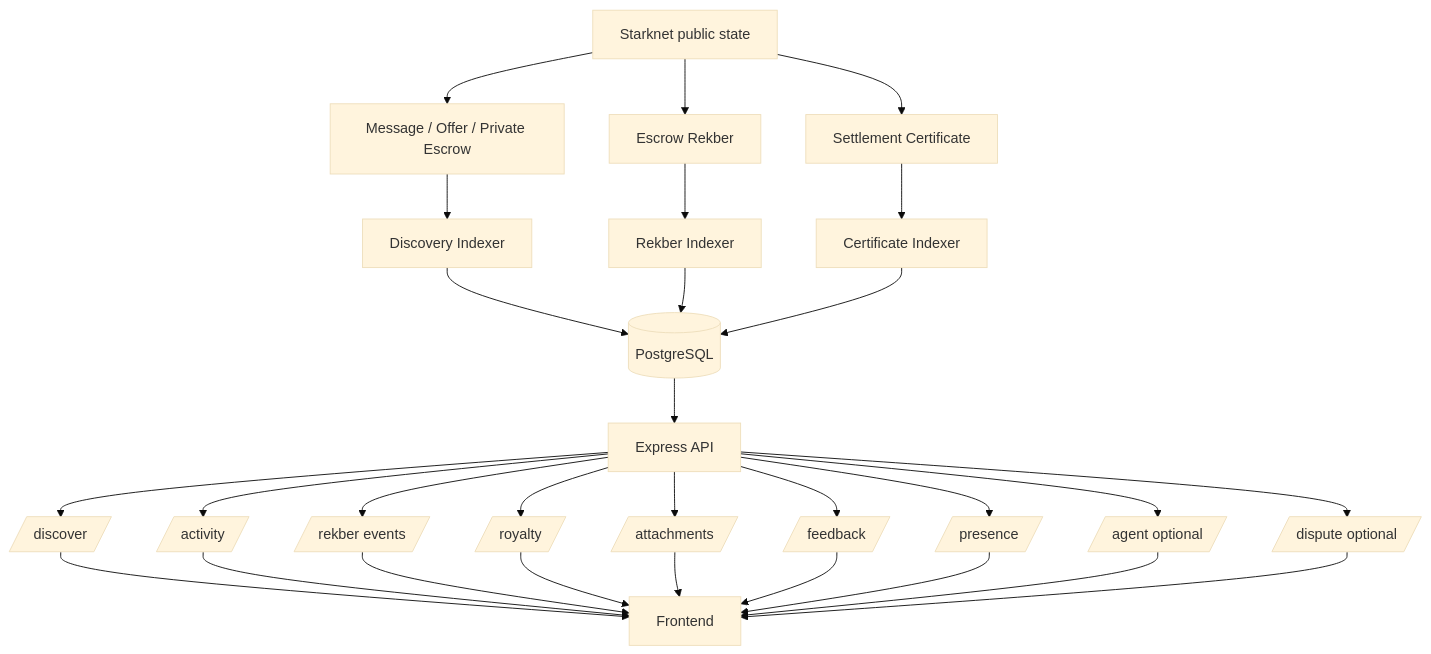
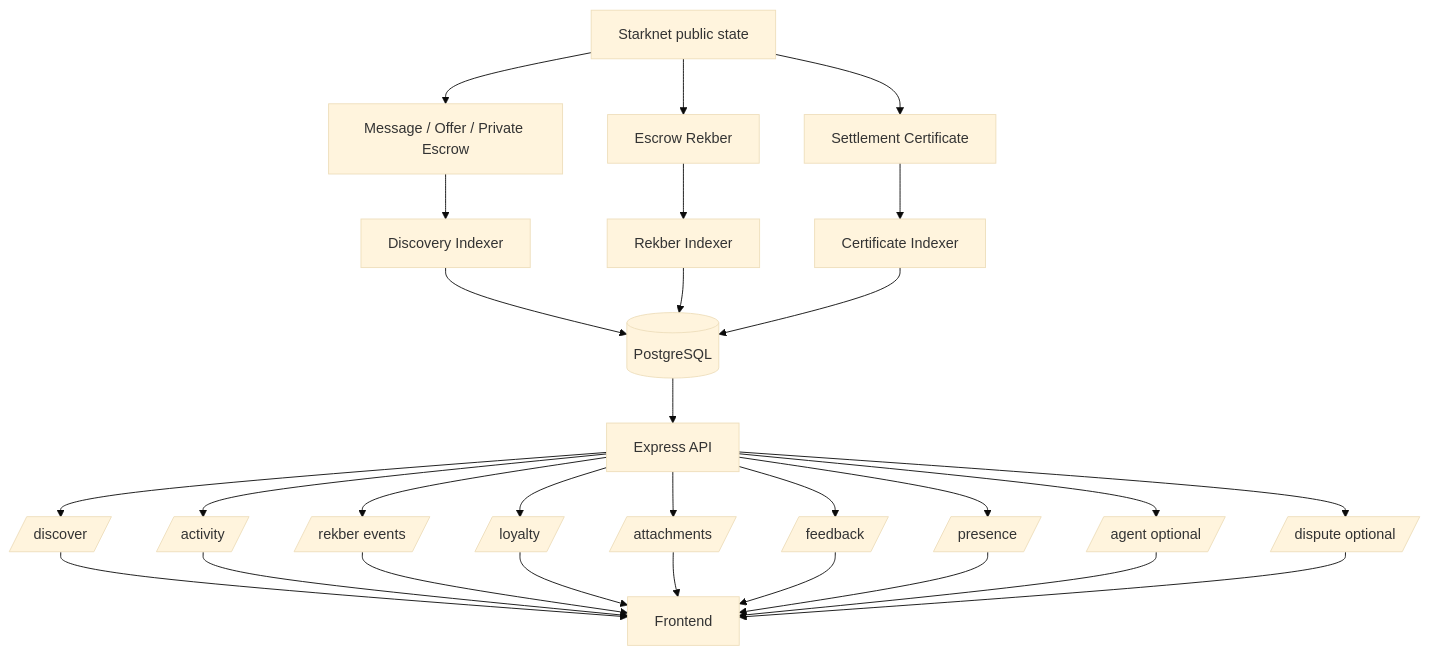
One commit to DXJLabs/vinss changed the fourth of 4 diagrams in docs/technical/backend/README.md. Above: the diagram before and after it, drawn with Mermaid (base theme). The commit also changed other lines of this file and 14 other files, not shown here.

````diff
--- a/docs/technical/backend/README.md
+++ b/docs/technical/backend/README.md
@@ -2827,62 +2827,62 @@
 ```mermaid
 flowchart TD
     CHAIN[Starknet public state]
 
     H1[Message / Offer / Private Escrow]
     H2[Escrow Rekber]
     H3[Settlement Certificate]
 
     I1[Discovery Indexer]
     I2[Rekber Indexer]
     I3[Certificate Indexer]
 
     PG[(PostgreSQL)]
 
     API[Express API]
 
     DISC[/discover/]
     ACT[/activity/]
     REKAPI[/rekber events/]
-    ROY[/royalty/]
+    ROY[/loyalty/]
     ATT[/attachments/]
     FB[/feedback/]
     PRES[/presence/]
     AGENT[/agent optional/]
     DISPUTE[/dispute optional/]
 
     FE[Frontend]
 
     CHAIN --> H1
     CHAIN --> H2
     CHAIN --> H3
 
     H1 --> I1
     H2 --> I2
     H3 --> I3
 
     I1 --> PG
     I2 --> PG
     I3 --> PG
 
     PG --> API
 
     API --> DISC
     API --> ACT
     API --> REKAPI
     API --> ROY
     API --> ATT
     API --> FB
     API --> PRES
     API --> AGENT
     API --> DISPUTE
 
     DISC --> FE
     ACT --> FE
     REKAPI --> FE
     ROY --> FE
     ATT --> FE
     FB --> FE
     PRES --> FE
     AGENT --> FE
     DISPUTE --> FE
 ```
````
